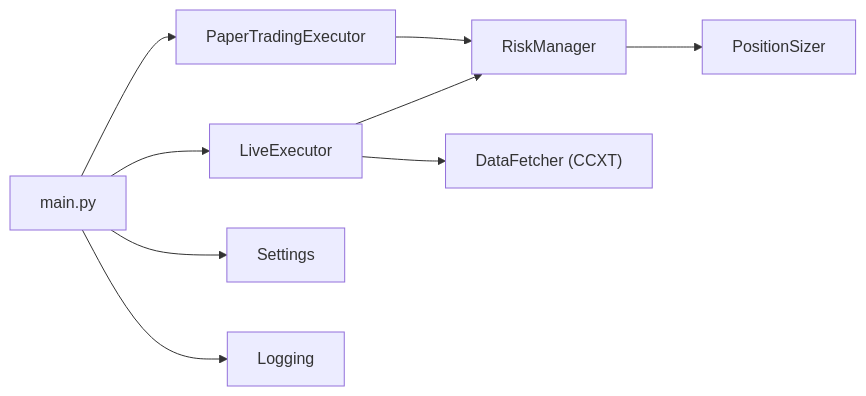
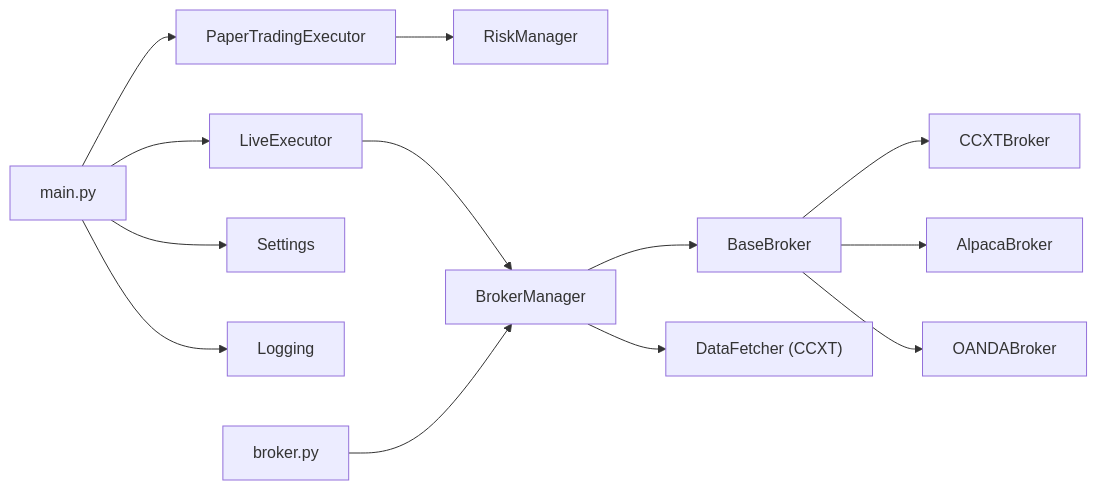
The eighth of 8 diagrams in .qoder/repowiki/en/content/Execution Engine/Execution Engine.md (cavraeg-eng/Trading-App), drawn with Mermaid before and after one commit. The commit also changed other lines of this file and 50 other files, not shown here.

````diff
--- a/.qoder/repowiki/en/content/Execution Engine/Execution Engine.md
+++ b/.qoder/repowiki/en/content/Execution Engine/Execution Engine.md
@@ -333,11 +496,15 @@
 ```mermaid
 graph LR
 M["main.py"] --> P["PaperTradingExecutor"]
 M --> L["LiveExecutor"]
 P --> RM["RiskManager"]
-L --> RM
-RM --> PS["PositionSizer"]
-L --> DF["DataFetcher (CCXT)"]
+L --> BM["BrokerManager"]
+BM --> BB["BaseBroker"]
+BB --> CCXT["CCXTBroker"]
+BB --> ALP["AlpacaBroker"]
+BB --> OANDA["OANDABroker"]
+BM --> DF["DataFetcher (CCXT)"]
 M --> ST["Settings"]
 M --> LG["Logging"]
+API["broker.py"] --> BM
 ```
````
